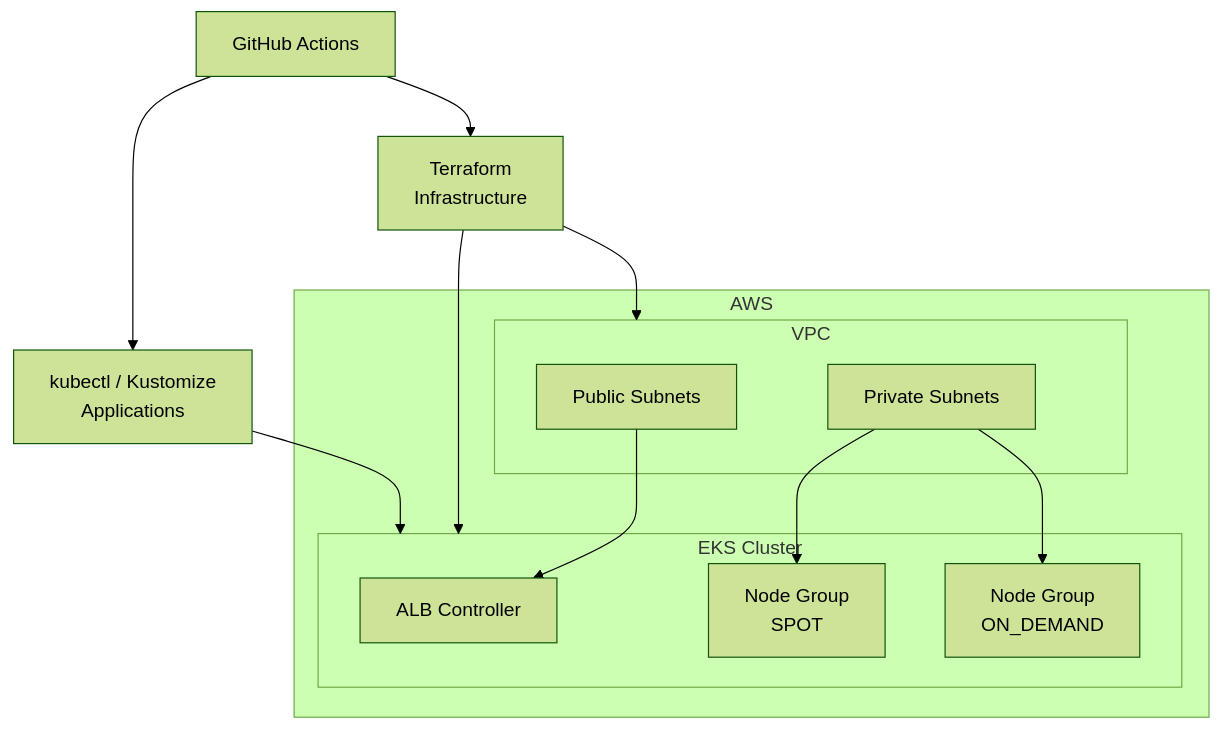
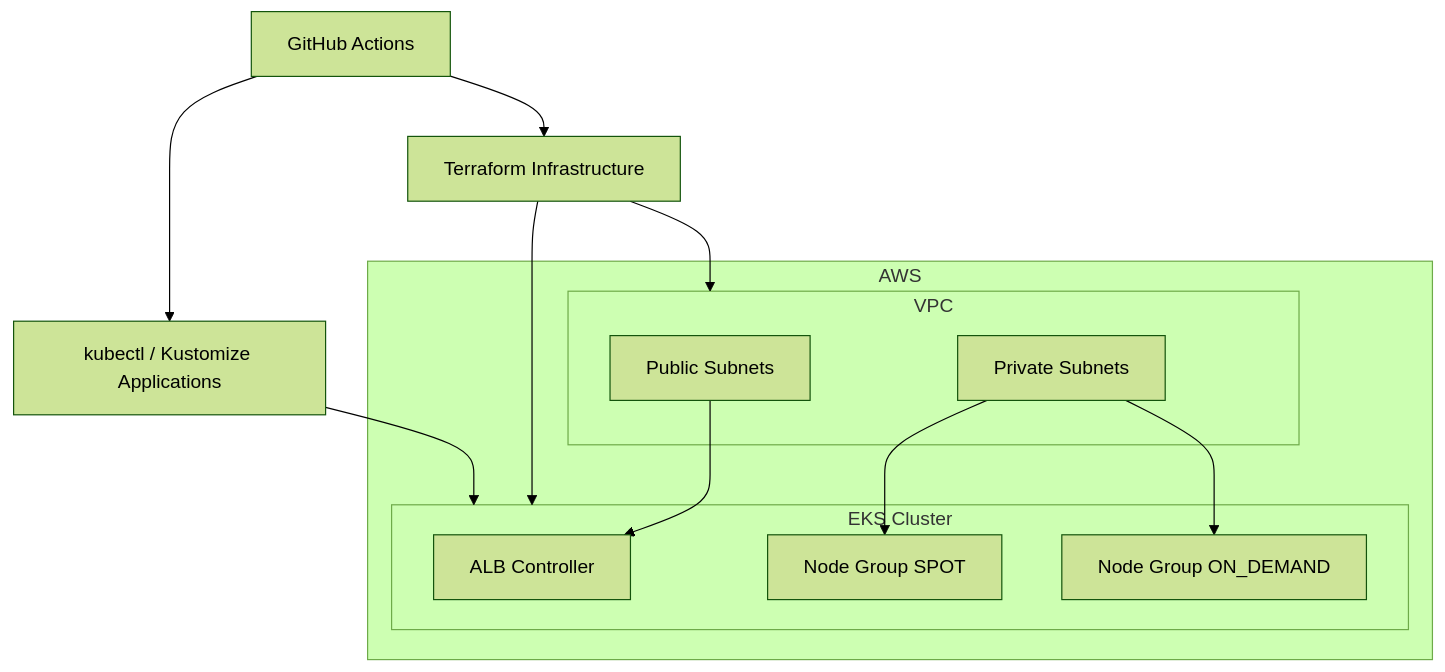
One commit to ops4life/eks-iac-template changed the diagram in README.md. Above: the diagram before and after it, drawn with Mermaid (forest theme). The commit also changed 3 other files, not shown here.

Commit message:
docs: update diagrams with Mermaid in quick-start and usage, remove literal \n from node labels

````diff
--- a/README.md
+++ b/README.md
@@ -70,27 +70,27 @@
 ```mermaid
 flowchart TB
     GH[GitHub Actions]
 
-    GH --> TF[Terraform\nInfrastructure]
-    GH --> K8S[kubectl / Kustomize\nApplications]
+    GH --> TF[Terraform Infrastructure]
+    GH --> K8S[kubectl / Kustomize Applications]
 
     subgraph AWS
         subgraph VPC
             PUB[Public Subnets]
             PRI[Private Subnets]
         end
 
         subgraph EKS[EKS Cluster]
             ALB[ALB Controller]
-            SPOT[Node Group\nSPOT]
-            OD[Node Group\nON_DEMAND]
+            SPOT[Node Group SPOT]
+            OD[Node Group ON_DEMAND]
         end
     end
 
     TF --> VPC
     TF --> EKS
     K8S --> EKS
     PUB --> ALB
     PRI --> SPOT
     PRI --> OD
 ```
````
